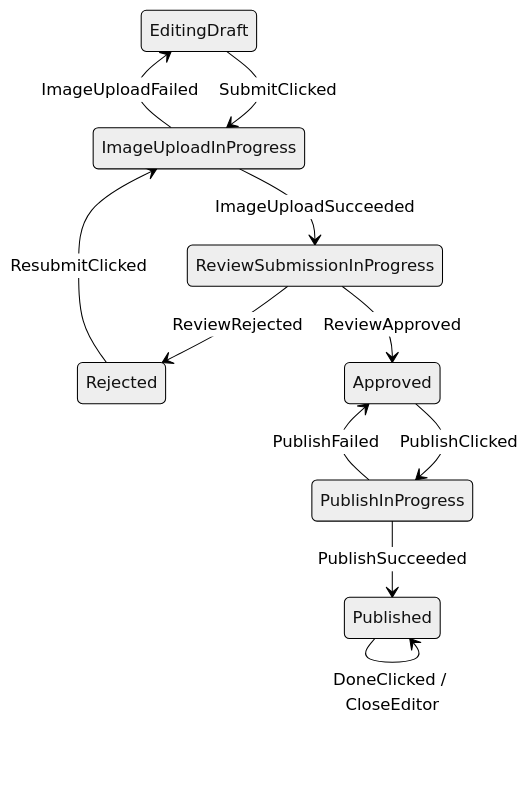
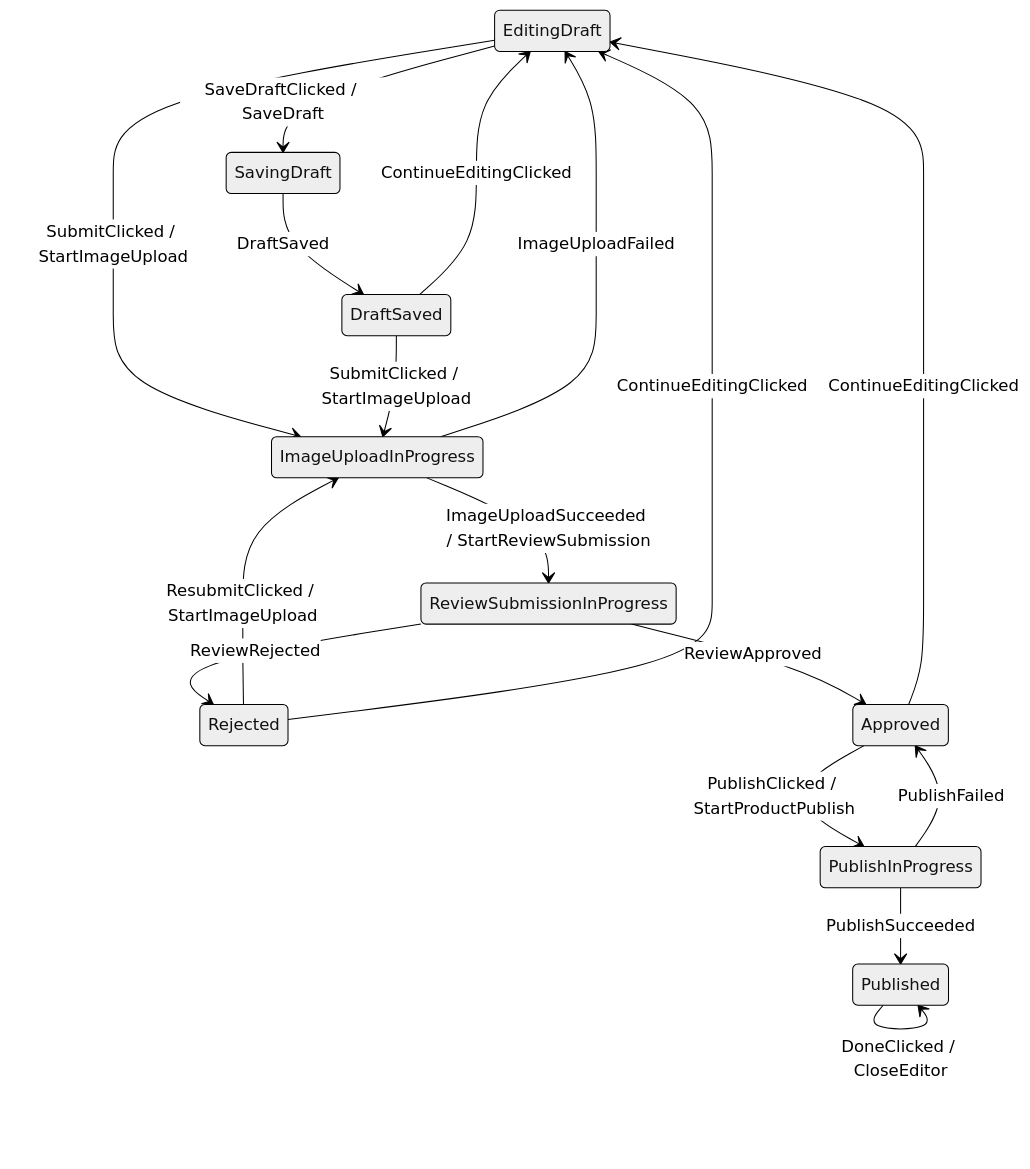
One commit to kez-lab/afsm changed the diagram in wiki/03-engineering/afsm-v3-topology-first-api.md. Above: the diagram before and after it, drawn with Mermaid (neutral theme). The commit also changed other lines of this file and 9 other files, not shown here.

````diff
--- a/wiki/03-engineering/afsm-v3-topology-first-api.md
+++ b/wiki/03-engineering/afsm-v3-topology-first-api.md
@@ -56,13 +221,19 @@
 ```mermaid
 stateDiagram-v2
-  EditingDraft --> ImageUploadInProgress: SubmitClicked
-  ImageUploadInProgress --> ReviewSubmissionInProgress: ImageUploadSucceeded
+  EditingDraft --> SavingDraft: SaveDraftClicked / SaveDraft
+  SavingDraft --> DraftSaved: DraftSaved
+  DraftSaved --> EditingDraft: ContinueEditingClicked
+  EditingDraft --> ImageUploadInProgress: SubmitClicked / StartImageUpload
+  DraftSaved --> ImageUploadInProgress: SubmitClicked / StartImageUpload
+  ImageUploadInProgress --> ReviewSubmissionInProgress: ImageUploadSucceeded / StartReviewSubmission
   ImageUploadInProgress --> EditingDraft: ImageUploadFailed
   ReviewSubmissionInProgress --> Rejected: ReviewRejected
-  Rejected --> ImageUploadInProgress: ResubmitClicked
+  Rejected --> ImageUploadInProgress: ResubmitClicked / StartImageUpload
+  Rejected --> EditingDraft: ContinueEditingClicked
   ReviewSubmissionInProgress --> Approved: ReviewApproved
-  Approved --> PublishInProgress: PublishClicked
+  Approved --> PublishInProgress: PublishClicked / StartProductPublish
+  Approved --> EditingDraft: ContinueEditingClicked
   PublishInProgress --> Published: PublishSucceeded
   PublishInProgress --> Approved: PublishFailed
   Published --> Published: DoneClicked / CloseEditor
 ```
````
